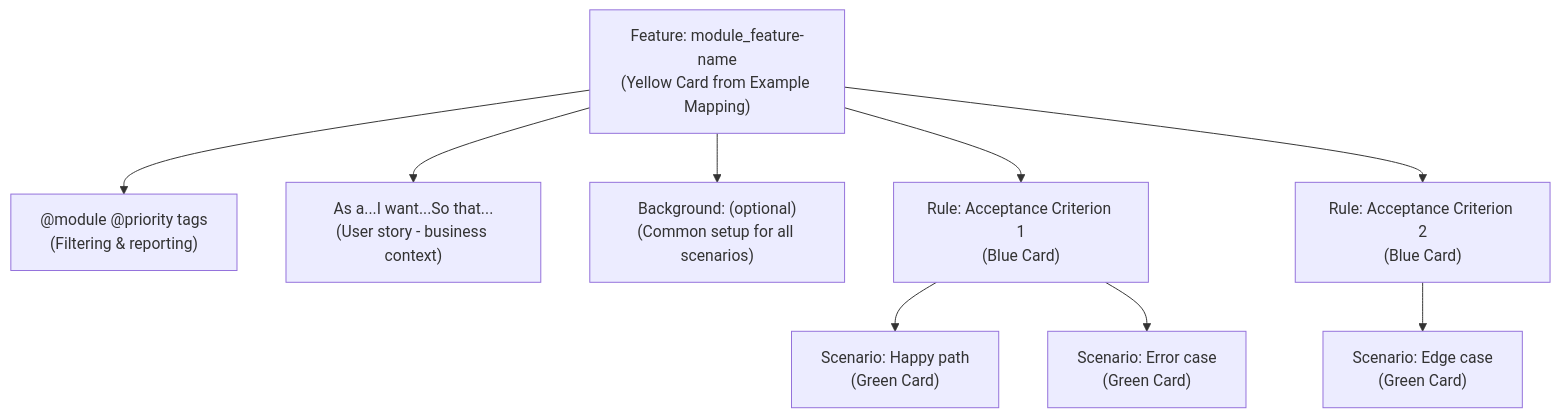
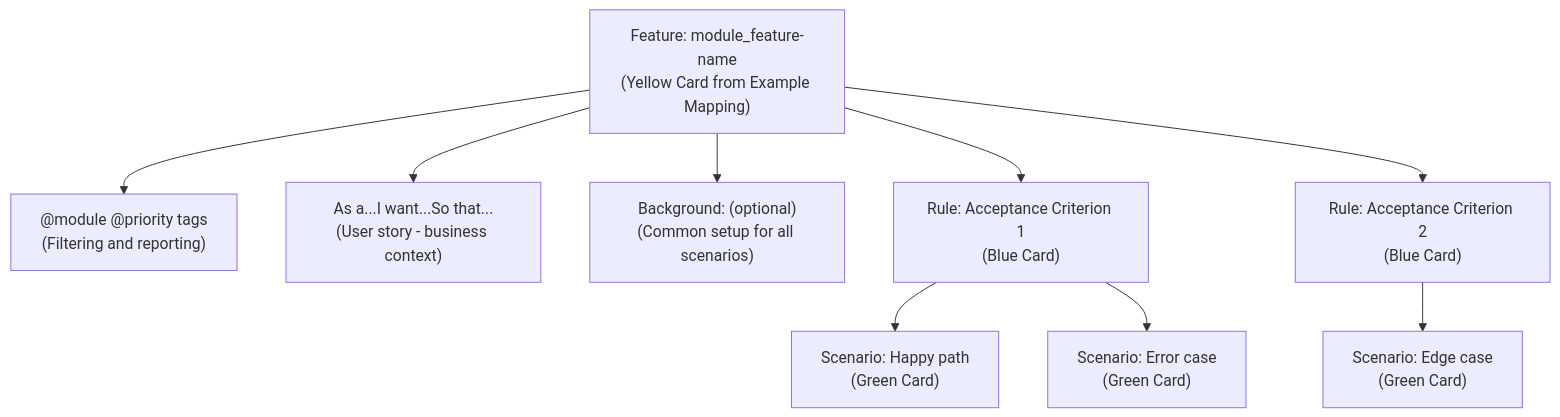
Before and after one commit to ready-to-release/eac: the diagram in docs/explanation/specifications/organization/file-structure.md, drawn with Mermaid. The commit also changed 151 other files, not shown here.

````diff
--- a/docs/explanation/specifications/organization/file-structure.md
+++ b/docs/explanation/specifications/organization/file-structure.md
@@ -95,25 +95,25 @@
 ```mermaid
 flowchart TD
     Feature["Feature: module_feature-name<br/>(Yellow Card from Example Mapping)"]
-    Tags["@module @priority tags<br/>(Filtering & reporting)"]
+    Tags["@module @priority tags<br/>(Filtering and reporting)"]
     Story["As a...I want...So that...<br/>(User story - business context)"]
     Background["Background: (optional)<br/>(Common setup for all scenarios)"]
 
     Rule1["Rule: Acceptance Criterion 1<br/>(Blue Card)"]
     Rule2["Rule: Acceptance Criterion 2<br/>(Blue Card)"]
 
     Scenario1["Scenario: Happy path<br/>(Green Card)"]
     Scenario2["Scenario: Error case<br/>(Green Card)"]
     Scenario3["Scenario: Edge case<br/>(Green Card)"]
 
     Feature --> Tags
     Feature --> Story
     Feature --> Background
     Feature --> Rule1
     Feature --> Rule2
 
     Rule1 --> Scenario1
     Rule1 --> Scenario2
     Rule2 --> Scenario3
 
 ```
````
